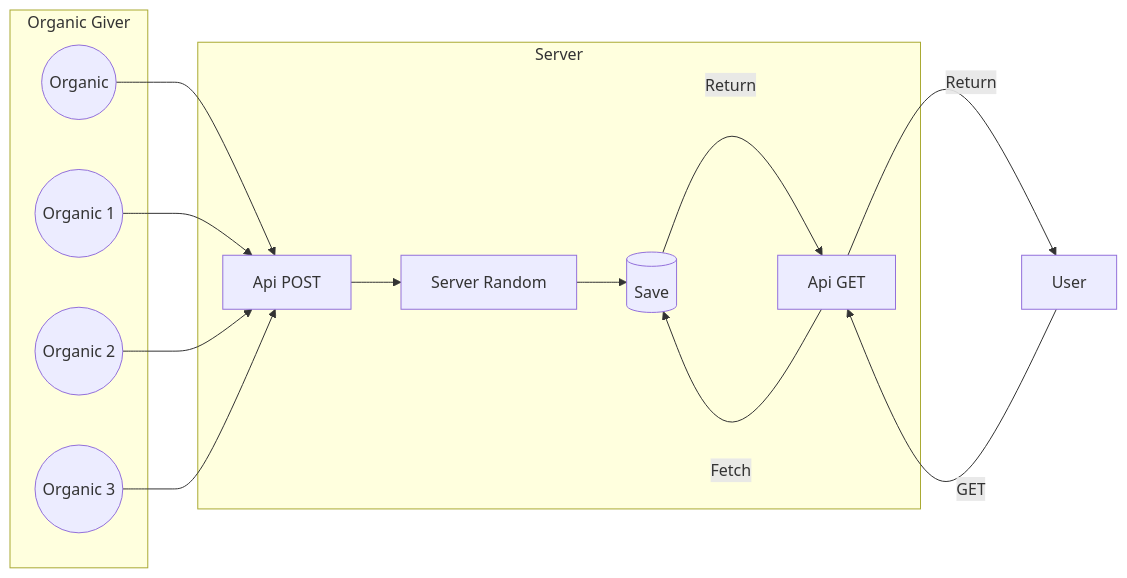
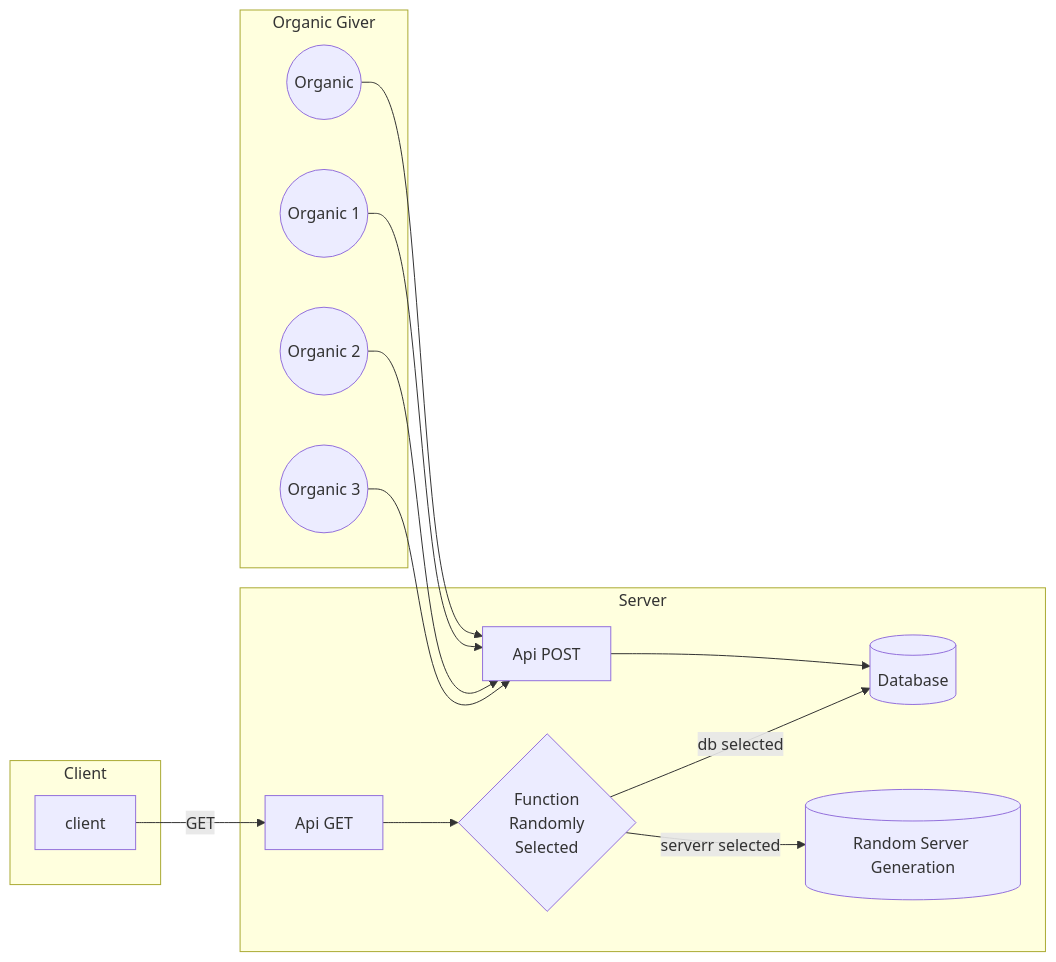
Before and after one commit to YR72dpi/lunaticProject: the diagram in README.md, drawn with Mermaid.

Commit message:
doc: maj mermaid

````diff
--- a/README.md
+++ b/README.md
@@ -18,27 +18,37 @@
 ```mermaid
 graph LR
-Organic((Organic))
-Organic1((Organic 1))
-Organic2((Organic 2))
-Organic3((Organic 3))
+
+    Organic((Organic))
+    Organic1((Organic 1))
+    Organic2((Organic 2))
+    Organic3((Organic 3))
+    API[Api POST]
+    db[(Database)]
+    ApiGet[Api GET]
+    serverRandom[(Random Server Generation)]
+    randomChoice{Function 
+        Randomly 
+        Selected} 
+
+    subgraph Server
+        API[Api POST] --> db[(Database)] 
+        randomChoice -- db selected --> db
+        randomChoice -- serverr selected --> serverRandom
+        ApiGet --> randomChoice
+    end
+
+    subgraph Organic Giver
+        Organic --> API
+        Organic1 --> API
+        Organic2 --> API
+        Organic3 --> API
+    end
+
+    subgraph Client
+        client[client] -- GET -->ApiGet
+    end
 
 
-subgraph Server
-    API[Api POST] --> ServerRandom[Server Random] --> Save[(Save)] 
-    ApiGet[Api GET]
-
-    ApiGet -- Fetch --> Save -- Return --> ApiGet
-end
-
-subgraph Organic Giver
-    Organic --> API
-    Organic1 --> API
-    Organic2 --> API
-    Organic3 --> API
-end
-
-User -- GET --> ApiGet 
-ApiGet -- Return --> User
 
 
 ```
````
